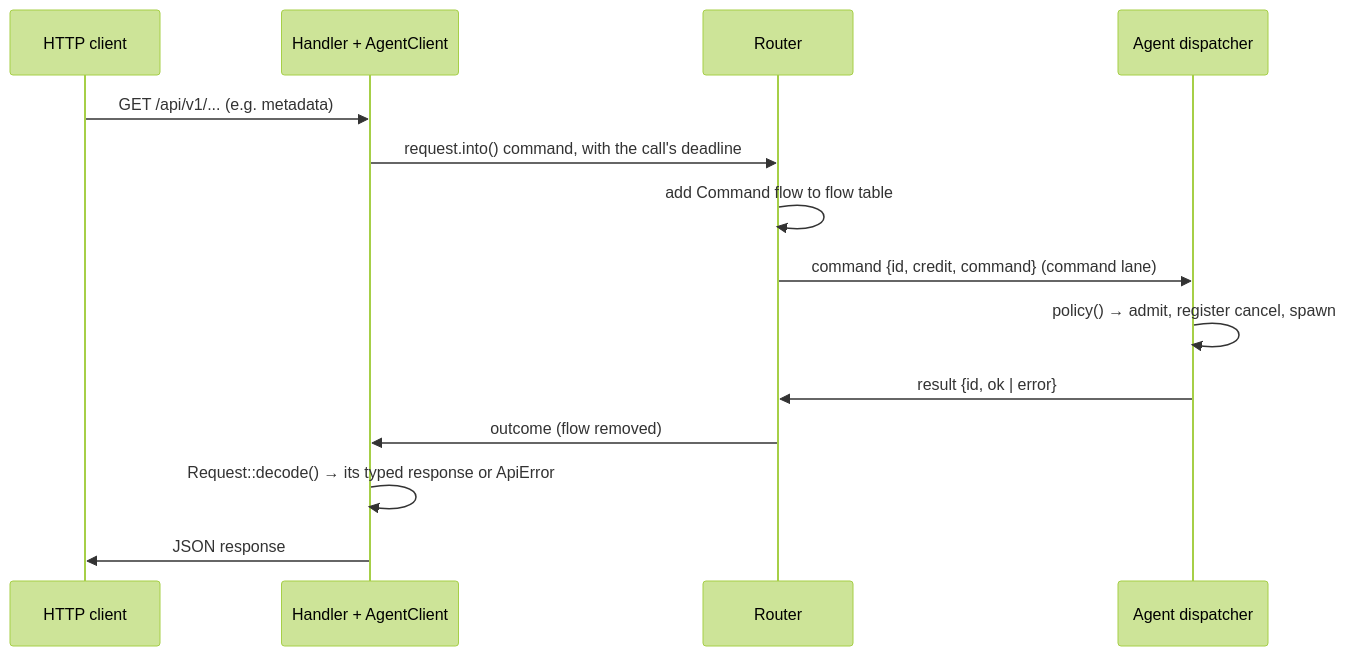
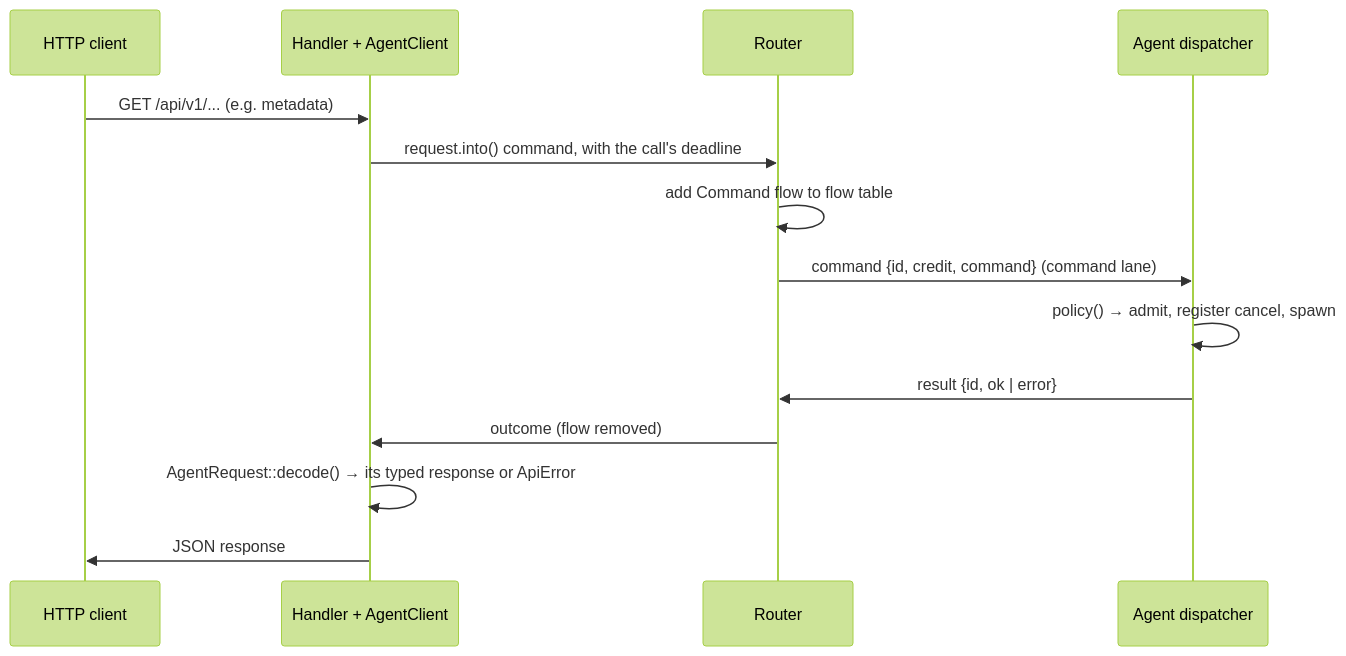
Before and after one commit to FruitieX/redoor: the sixth of 10 diagrams in ARCHITECTURE.md, drawn with Mermaid (forest theme). The commit also changed other lines of this file and 4 other files, not shown here.

````diff
--- a/ARCHITECTURE.md
+++ b/ARCHITECTURE.md
@@ -382,17 +396,17 @@
 ```mermaid
 sequenceDiagram
     participant C as HTTP client
     participant H as Handler + AgentClient
     participant R as Router
     participant A as Agent dispatcher
 
     C->>H: GET /api/v1/... (e.g. metadata)
     H->>R: request.into() command, with the call's deadline
     R->>R: add Command flow to flow table
     R->>A: command {id, credit, command} (command lane)
     A->>A: policy() → admit, register cancel, spawn
     A->>R: result {id, ok | error}
     R->>H: outcome (flow removed)
-    H->>H: Request::decode() → its typed response or ApiError
+    H->>H: AgentRequest::decode() → its typed response or ApiError
     H->>C: JSON response
 ```
````
